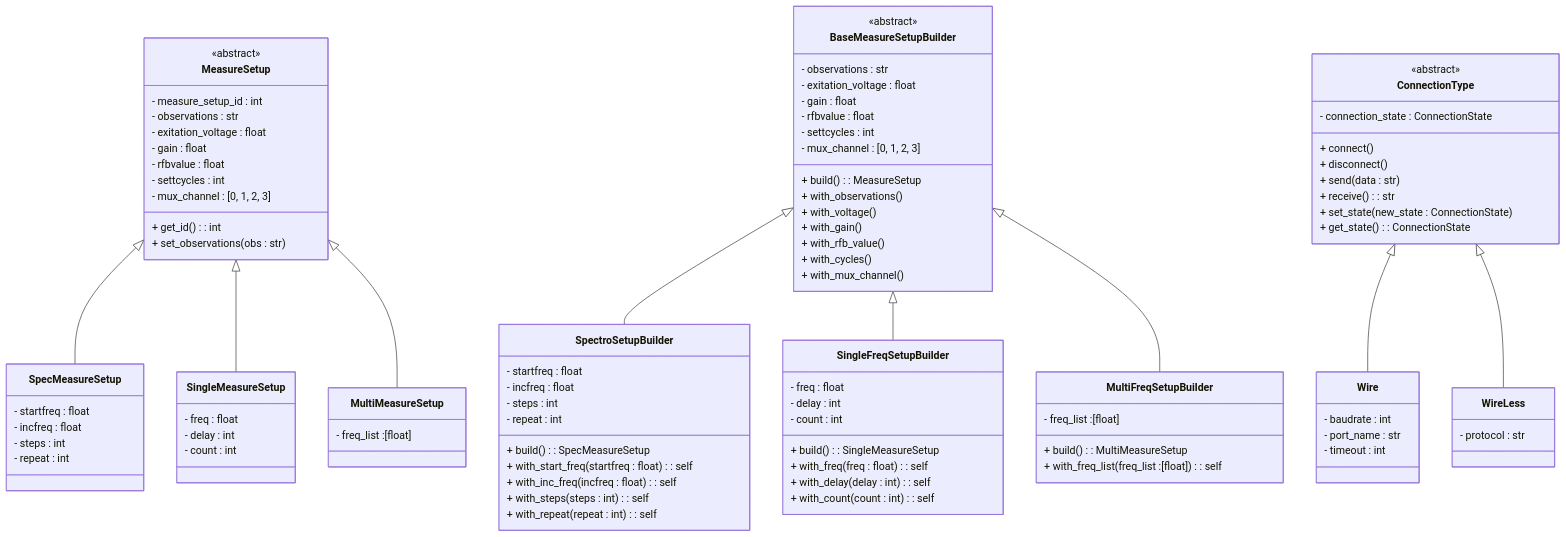
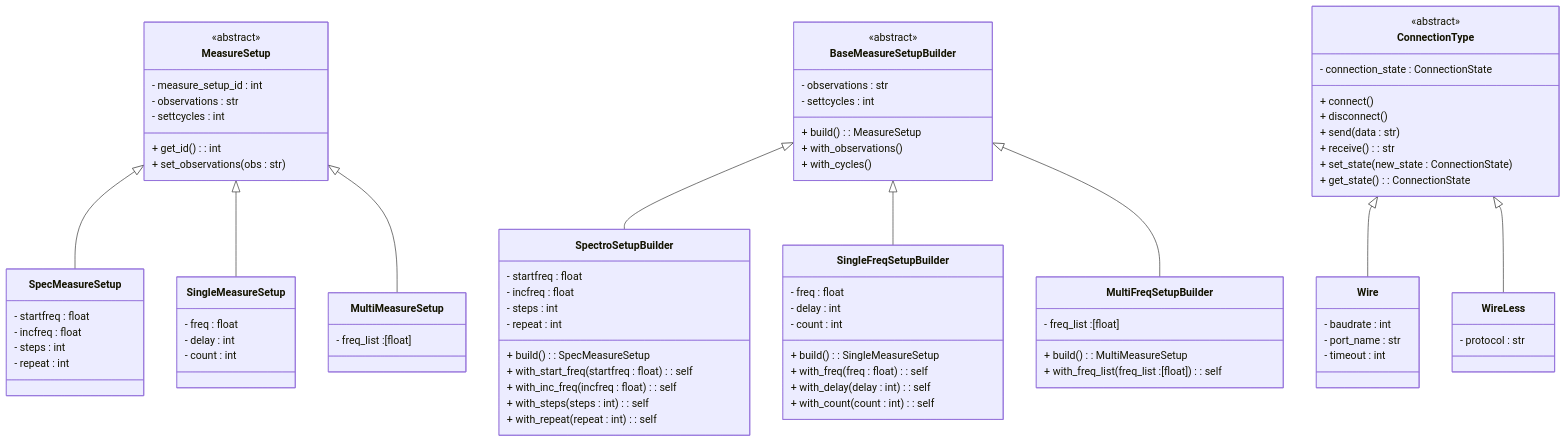
One commit to alegrelias/Repo-GMini changed the second of 15 diagrams in Gmini-MarkDown/Diagramas/Diagramas de Clases.md. Above: the diagram before and after it, drawn with Mermaid. The commit also changed other lines of this file and 1 other file, not shown here.

Commit message:
Agregue una copia antigua del el diagrama de clases y modifique el nuevo segun los cambios correspondientes

````diff
--- a/Gmini-MarkDown/Diagramas/Diagramas de Clases.md
+++ b/Gmini-MarkDown/Diagramas/Diagramas de Clases.md
@@ -437,15 +470,11 @@
 	<<abstract>>
 	- measure_setup_id : int
 	- observations : str
-	- exitation_voltage : float
-	- gain : float
-	- rfbvalue : float
 	- settcycles : int
-	- mux_channel : [0, 1, 2, 3]
-	  
+
 	%% getters
 	+ get_id() : int
-	
+
 	%% setters
 	+ set_observations(obs : str)
 }
@@ -486,18 +515,10 @@
 class BaseMeasureSetupBuilder{
 	<<abstract>>
 	- observations : str
-	- exitation_voltage : float
-	- gain : float
-	- rfbvalue : float
 	- settcycles : int
-	- mux_channel : [0, 1, 2, 3]
 	+ build() : MeasureSetup
 	+ with_observations()
-	+ with_voltage()
-	+ with_gain()
-	+ with_rfb_value()
 	+ with_cycles()
-	+ with_mux_channel()
 }
 
 class SpectroSetupBuilder{
@@ -527,5 +548,4 @@
 	+ build() : MultiMeasureSetup
 	+ with_freq_list(freq_list :[float]) : self
 }
-
 ```
````
